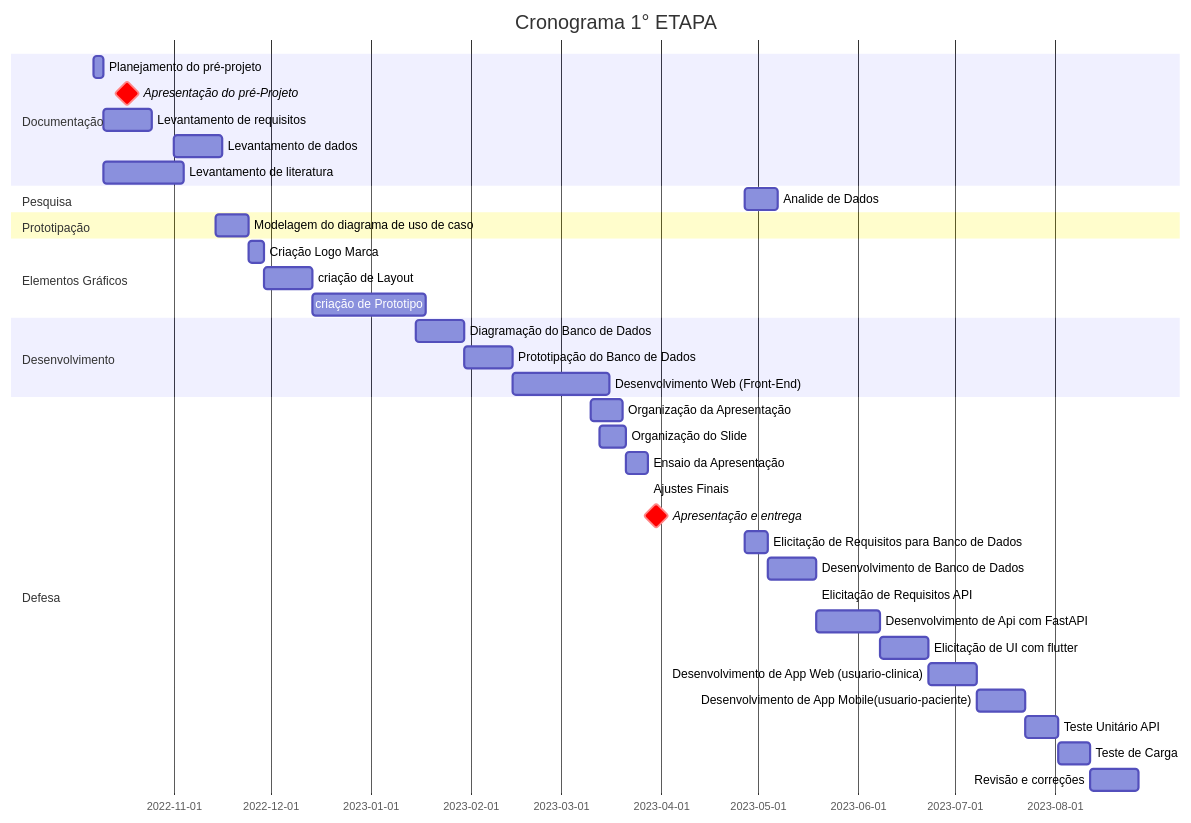
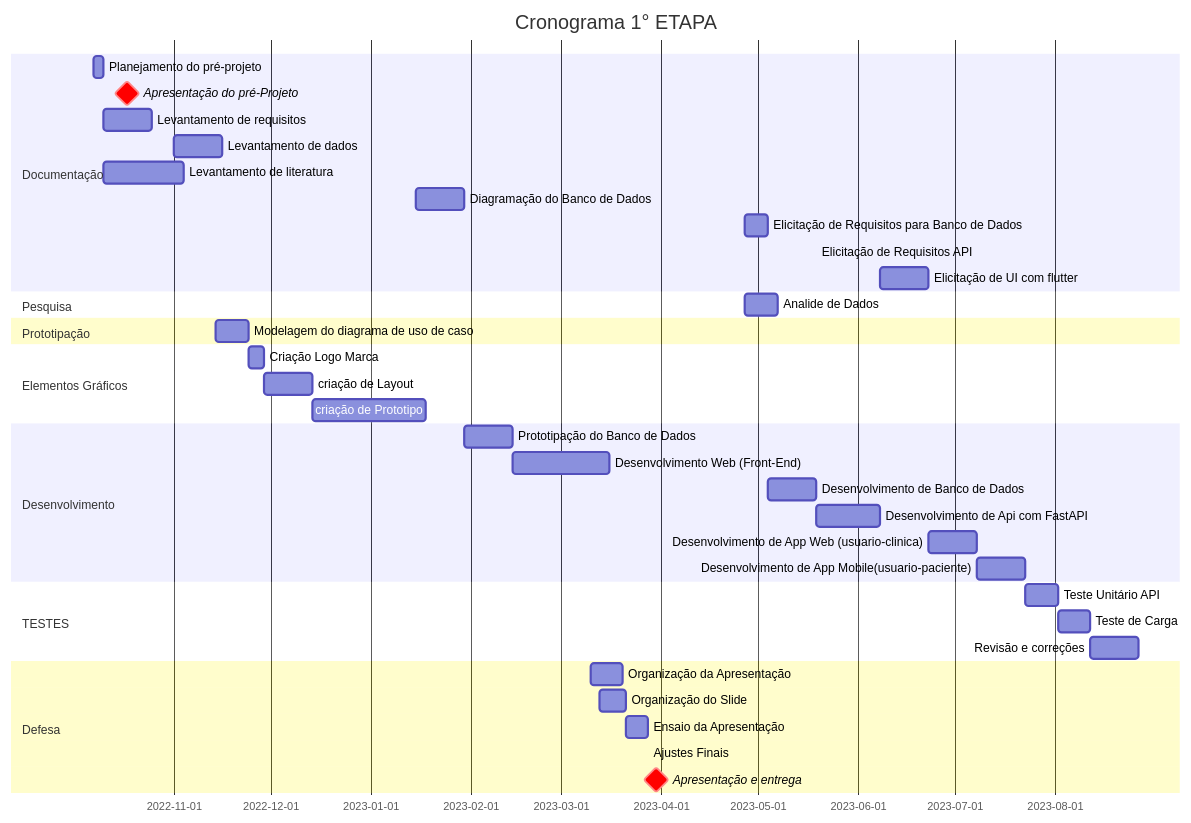
The diagram in Documentation/Documentation_dataBase/documentação.md (GstavRocha/DiaaDia), drawn with Mermaid before and after one commit.

Commit message:
correções

````diff
--- a/Documentation/Documentation_dataBase/documentação.md
+++ b/Documentation/Documentation_dataBase/documentação.md
@@ -2,42 +2,49 @@
 ``` mermaid
     gantt
     title Cronograma 1° ETAPA
     dateFormat  YYYY-MM-DD
     section Documentação
     Planejamento do pré-projeto :a1,2022-10-07, 3d
     Apresentação do  pré-Projeto      :crit,milestone, 2022-10-17, 1d
     Levantamento de requisitos  :a2, after a1, 15d
     Levantamento de dados       :a3,2022-11-01, 15d
     Levantamento de literatura  :a3, after a1, 25d
+    
+    Diagramação do Banco de Dados :d1, 2023-01-15, 15d
+    Elicitação de Requisitos para Banco de Dados: f5, after d11, 7d
+    Elicitação de Requisitos API: h6, after g5, 7 d
+    Elicitação de UI com flutter: l10, after j7, 15d
+
     section Pesquisa
     Analide de Dados            :b3, after b2, 10d
     section Prototipação
     Modelagem do diagrama de uso de caso: c1, 2022-11-14,10d
     section Elementos Gráficos
     Criação Logo Marca          :c2, after c1, 5d
     criação de Layout           :c3, after c2, 15d
     criação de Prototipo        :c4, after c3, 35d
     section Desenvolvimento 
-    Diagramação do Banco de Dados :d1, 2023-01-15, 15d
+   
     Prototipação do Banco de Dados :d2, after d1, 15d
     Desenvolvimento Web (Front-End) :d3, after d2, 30d
+    Desenvolvimento de Banco de Dados: g5,after f5, 15d
+    
+    Desenvolvimento de Api com FastAPI: j7, after h6, 20d
+    Desenvolvimento de App Web (usuario-clinica): m7,after l10, 15d
+    Desenvolvimento de App Mobile(usuario-paciente): m8, after m7, 15d
+
+    section TESTES 
+    Teste Unitário API: n10, after m8, 10d
+    Teste de Carga: n11, after n10, 10d
+    Revisão e correções: p5, after n11, 15d
+    
     section Defesa
     Organização da Apresentação :e1,2023-03-10, 10d
     Organização do Slide :e1,2023-03-13,8d
     Ensaio da Apresentação :e2,after e1, 7d
     Ajustes Finais : e3,after e2, 23
+    Apresentação e entrega  :crit,milestone,2023-03-30, 1d
   
-    Apresentação e entrega  :crit,milestone,2023-03-30, 1d
-    Elicitação de Requisitos para Banco de Dados: f5, after d11, 7d
-    Desenvolvimento de Banco de Dados: g5,after f5, 15d
-    Elicitação de Requisitos API: h6, after g5, 7 d
-    Desenvolvimento de Api com FastAPI: j7, after h6, 20d
-    Elicitação de UI com flutter: l10, after j7, 15d
-    Desenvolvimento de App Web (usuario-clinica): m7,after l10, 15d
-    Desenvolvimento de App Mobile(usuario-paciente): m8, after m7, 15d 
-    Teste Unitário API: n10, after m8, 10d
-    Teste de Carga: n11, after n10, 10d
-    Revisão e correções: p5, after n11, 15d
     
 
 ```
````
